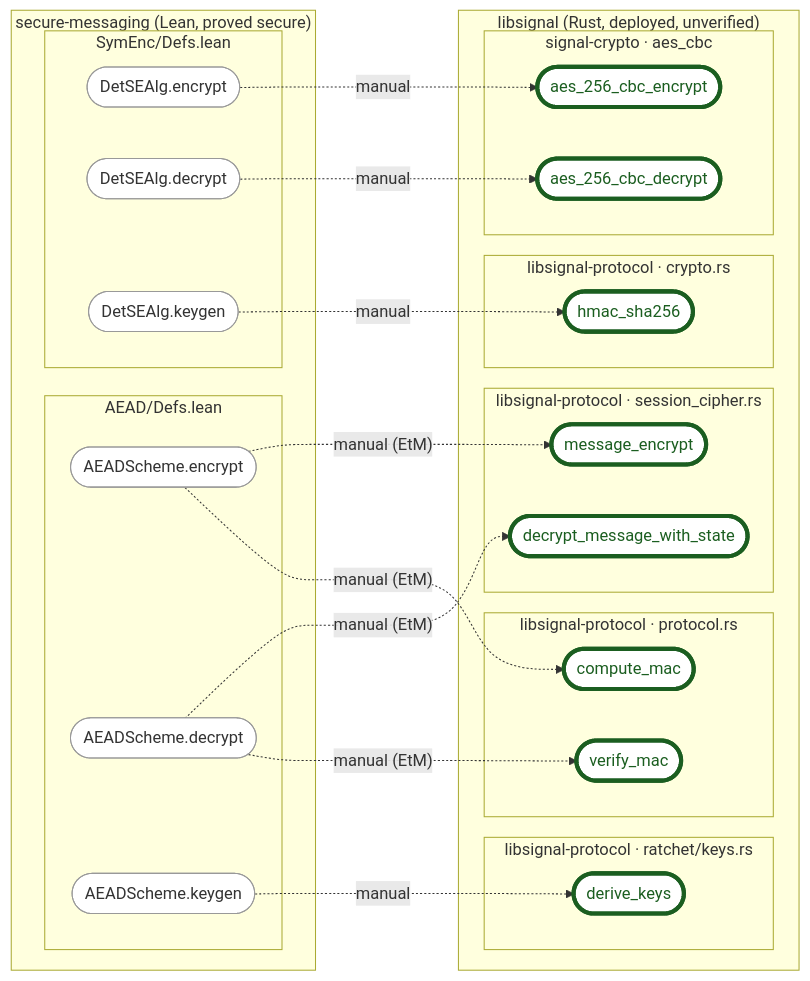
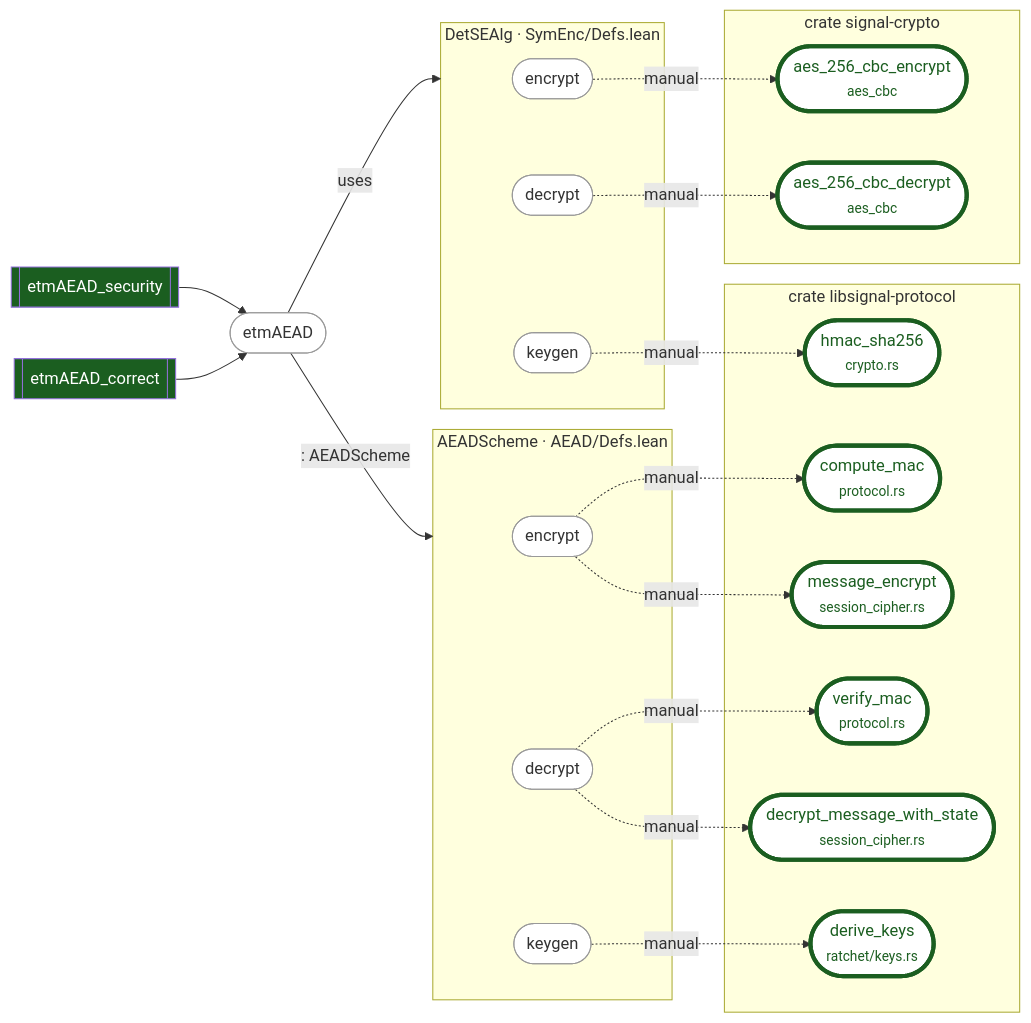
The diagram in docs/img/joint-libsignal-secure-messaging.mmd (Beneficial-AI-Foundation/probe), drawn with Mermaid before and after one commit. The commit also changed 3 other files, not shown here.

First line of the commit message:
docs: joint diagram now shows the full theorem->scheme chain, crates visible

```diff
--- a/docs/img/joint-libsignal-secure-messaging.mmd
+++ b/docs/img/joint-libsignal-secure-messaging.mmd
@@ -1,43 +1,41 @@
 flowchart LR
-    subgraph model ["secure-messaging (Lean, proved secure)"]
-        subgraph aead ["AEAD/Defs.lean"]
-            aenc(["AEADScheme.encrypt"]):::spec
-            adec(["AEADScheme.decrypt"]):::spec
-            akg(["AEADScheme.keygen"]):::spec
-        end
-        subgraph se ["SymEnc/Defs.lean"]
-            senc(["DetSEAlg.encrypt"]):::spec
-            sdec(["DetSEAlg.decrypt"]):::spec
-            skg(["DetSEAlg.keygen"]):::spec
-        end
+    tcor[["etmAEAD_correct"]]:::green
+    tsec[["etmAEAD_security"]]:::green
+    etm(["etmAEAD"]):::white
+    subgraph aeadS ["AEADScheme · AEAD/Defs.lean"]
+        ae(["encrypt"]):::white
+        ad(["decrypt"]):::white
+        ak(["keygen"]):::white
     end
-    subgraph impl ["libsignal (Rust, deployed, unverified)"]
-        subgraph sc ["signal-crypto · aes_cbc"]
-            aesE(["aes_256_cbc_encrypt"]):::prov
-            aesD(["aes_256_cbc_decrypt"]):::prov
-        end
-        subgraph lp1 ["libsignal-protocol · session_cipher.rs"]
-            msgE(["message_encrypt"]):::prov
-            msgD(["decrypt_message_with_state"]):::prov
-        end
-        subgraph lp2 ["libsignal-protocol · protocol.rs"]
-            mac(["compute_mac"]):::prov
-            vmac(["verify_mac"]):::prov
-        end
-        subgraph lp3 ["libsignal-protocol · ratchet/keys.rs"]
-            dk(["derive_keys"]):::prov
-        end
-        subgraph lp4 ["libsignal-protocol · crypto.rs"]
-            hmac(["hmac_sha256"]):::prov
-        end
+    subgraph seS ["DetSEAlg · SymEnc/Defs.lean"]
+        se(["encrypt"]):::white
+        sd(["decrypt"]):::white
+        sk(["keygen"]):::white
     end
-    senc -. manual .-> aesE
-    sdec -. manual .-> aesD
-    skg  -. manual .-> hmac
-    akg  -. manual .-> dk
-    aenc -. "manual (EtM)" .-> msgE
-    aenc -. "manual (EtM)" .-> mac
-    adec -. "manual (EtM)" .-> msgD
-    adec -. "manual (EtM)" .-> vmac
-    classDef spec fill:#fff,color:#333,stroke:#999
+    subgraph cr1 ["crate signal-crypto"]
+        aesE(["aes_256_cbc_encrypt<br/><small>aes_cbc</small>"]):::prov
+        aesD(["aes_256_cbc_decrypt<br/><small>aes_cbc</small>"]):::prov
+    end
+    subgraph cr2 ["crate libsignal-protocol"]
+        msgE(["message_encrypt<br/><small>session_cipher.rs</small>"]):::prov
+        msgD(["decrypt_message_with_state<br/><small>session_cipher.rs</small>"]):::prov
+        mac(["compute_mac<br/><small>protocol.rs</small>"]):::prov
+        vmac(["verify_mac<br/><small>protocol.rs</small>"]):::prov
+        dk(["derive_keys<br/><small>ratchet/keys.rs</small>"]):::prov
+        hmac(["hmac_sha256<br/><small>crypto.rs</small>"]):::prov
+    end
+    tcor --> etm
+    tsec --> etm
+    etm -->|": AEADScheme"| aeadS
+    etm -->|"uses"| seS
+    ae -. manual .-> msgE
+    ae -. manual .-> mac
+    ad -. manual .-> msgD
+    ad -. manual .-> vmac
+    ak -. manual .-> dk
+    se -. manual .-> aesE
+    sd -. manual .-> aesD
+    sk -. manual .-> hmac
+    classDef green fill:#1B5E20,color:#fff
+    classDef white fill:#fff,color:#333,stroke:#999
     classDef prov fill:#fff,color:#1B5E20,stroke:#1B5E20,stroke-width:4px
```
